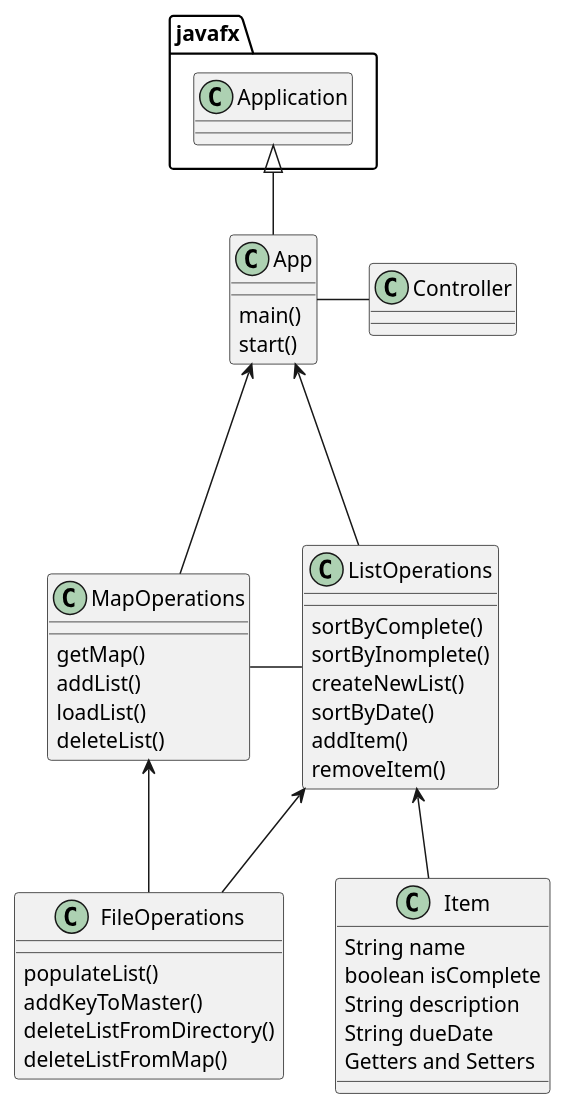
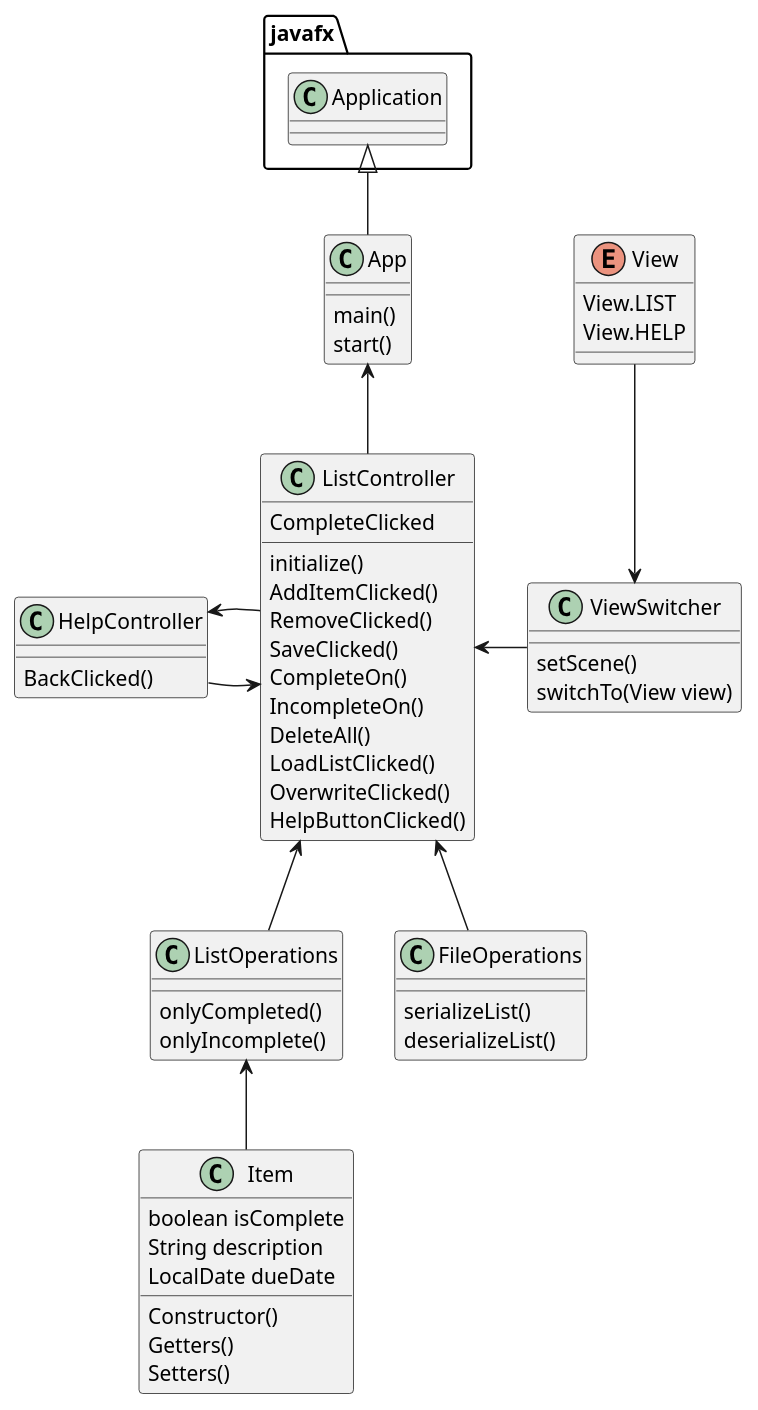
Before and after one commit to Drake-Scott/Java-Todo-List-GUI: the diagram in uml/Assignment4.puml, drawn with PlantUML. The commit also changed 6 other files, not shown here.

Commit message:
updated UML

```diff
--- a/uml/Assignment4.puml
+++ b/uml/Assignment4.puml
@@ -1,57 +1,70 @@
 @startuml
 'https://plantuml.com/class-diagram
 
 class App {
 main()
 start()
 }
 
-class ListOperations {
-    sortByComplete()
-    sortByInomplete()
-    createNewList()
-    sortByDate()
-    addItem()
-    removeItem()
+enum View{
+View.LIST
+View.HELP
 }
 
-class Controller {
+class ViewSwitcher{
+setScene()
+switchTo(View view)
+}
 
+class ListOperations {
+onlyCompleted()
+onlyIncomplete()
+}
+
+class ListController {
+initialize()
+AddItemClicked()
+RemoveClicked()
+CompleteClicked
+SaveClicked()
+CompleteOn()
+IncompleteOn()
+DeleteAll()
+LoadListClicked()
+OverwriteClicked()
+HelpButtonClicked()
 }
 
 class Item {
-String name
 boolean isComplete
 String description
-String dueDate
-Getters and Setters
+LocalDate dueDate
+Constructor()
+Getters()
+Setters()
 }
 
-class MapOperations {
-getMap()
-addList()
-loadList()
-deleteList()
+
+class FileOperations {
+serializeList()
+deserializeList()
 }
 
-class FileOperations {
-populateList()
-addKeyToMaster()
-deleteListFromDirectory()
-deleteListFromMap()
-
+class HelpController{
+BackClicked()
 }
 
 javafx.Application <|-- App
-App - Controller
-App <--- MapOperations
-App <--- ListOperations
-MapOperations - ListOperations
+App <-- ListController
+
+HelpController -> ListController
+HelpController <- ListController
+ListController <--  ListOperations
 ListOperations <-- Item
-ListOperations <-- FileOperations
-MapOperations <-- FileOperations
-
+ListController <-- FileOperations
+ListController <- ViewSwitcher
+View --> ViewSwitcher
 
 
 
 @enduml
```
